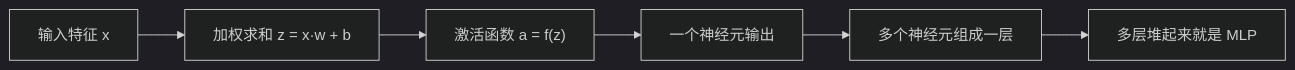
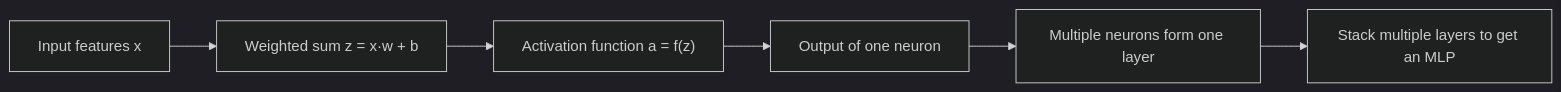
Before and after one commit to oudbiao/AI-fullstack-course: the first of 5 diagrams in docs/ch06-deep-learning/ch01-nn-basics/01-neurons-activation.md, drawn with Mermaid (dark theme). The commit also changed other lines of this file and 1406 other files, not shown here.

````diff
--- a/docs/ch06-deep-learning/ch01-nn-basics/01-neurons-activation.md
+++ b/docs/ch06-deep-learning/ch01-nn-basics/01-neurons-activation.md
@@ -90,8 +90,8 @@
 ```mermaid
 flowchart LR
-    A["输入特征 x"] --> B["加权求和 z = x·w + b"]
-    B --> C["激活函数 a = f(z)"]
-    C --> D["一个神经元输出"]
-    D --> E["多个神经元组成一层"]
-    E --> F["多层堆起来就是 MLP"]
+    A["Input features x"] --> B["Weighted sum z = x·w + b"]
+    B --> C["Activation function a = f(z)"]
+    C --> D["Output of one neuron"]
+    D --> E["Multiple neurons form one layer"]
+    E --> F["Stack multiple layers to get an MLP"]
 ```
````
